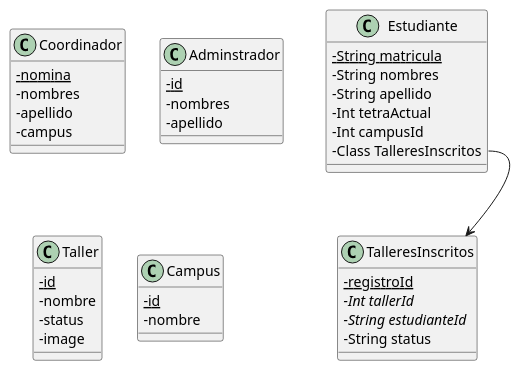
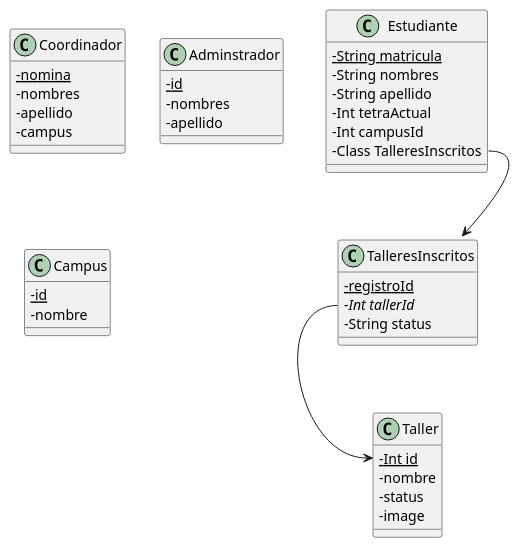
One commit to facund015/codeRelatedObsidianNotes changed the diagram in Reto/Base de datos.md. Above: the diagram before and after it, drawn with PlantUML.

Commit message:
vault backup: 2021-10-12 12:21:04

````diff
--- a/Reto/Base de datos.md
+++ b/Reto/Base de datos.md
@@ -2,48 +2,48 @@
 ```plantuml
 @startuml
 skinparam classAttributeIconSize 0
 class Estudiante {
 	{static} - String matricula
 	-String nombres
 	-String apellido
 	-Int tetraActual
 	-Int campusId
 	-Class TalleresInscritos
 }
 
 class TalleresInscritos {
 	{static} -registroId 
 	{abstract} -Int tallerId
-	{abstract} -String estudianteId
 	-String status
 }
 
 class Coordinador {
 	{static} -nomina
 	-nombres
 	-apellido
 	-campus
 }
 
 class Adminstrador {
 	{static} -id
 	-nombres
 	-apellido
 }
 
 class Taller {
-    {static} - id 
+    {static} -Int id 
     - nombre
     - status
     - image
 }
 
 class Campus {
 	{static} -id
 	-nombre
 }
 
 Estudiante::TalleresInscritos -->  TalleresInscritos
+TalleresInscritos::tallerId --> Taller::id 
 
 @enduml
 ```
````
